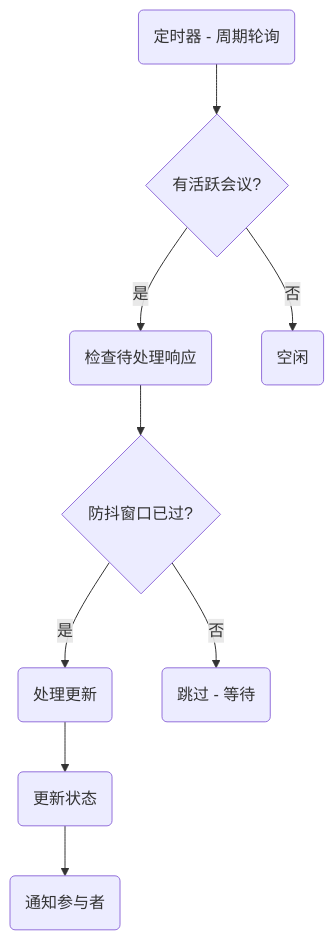
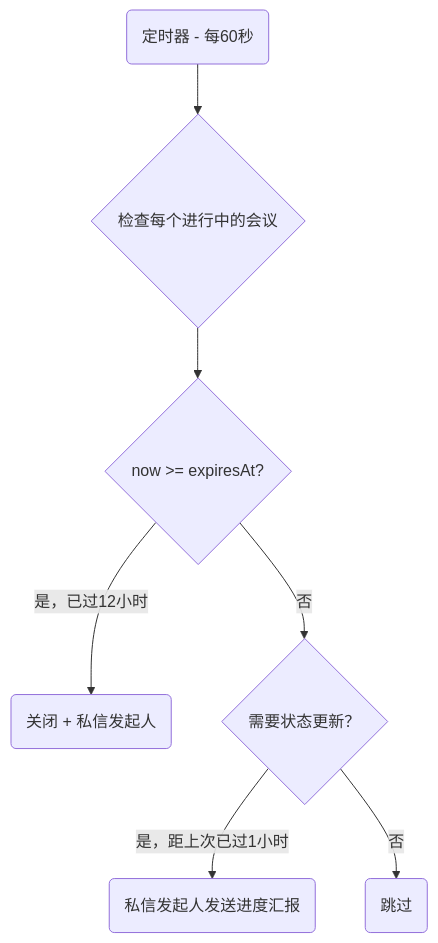
One commit to javana3/claw_meeting_all changed the sixth of 7 diagrams in README.zh-CN.md. Above: the diagram before and after it, drawn with Mermaid. The commit also changed other lines of this file and 4 other files, not shown here.

````diff
--- a/README.zh-CN.md
+++ b/README.zh-CN.md
@@ -112,11 +157,9 @@
 ```mermaid
 graph TD
-    A(定时器 - 周期轮询) --> B{有活跃会议?}
-    B -->|是| C(检查待处理响应)
-    C --> D{防抖窗口已过?}
-    D -->|是| E(处理更新)
-    D -->|否| F(跳过 - 等待)
-    B -->|否| G(空闲)
-    E --> H(更新状态)
-    H --> I(通知参与者)
+    A(定时器 - 每60秒) --> B{检查每个进行中的会议}
+    B --> C{now >= expiresAt?}
+    C -->|是，已过12小时| D(关闭 + 私信发起人)
+    C -->|否| E{需要状态更新？}
+    E -->|是，距上次已过1小时| F(私信发起人发送进度汇报)
+    E -->|否| G(跳过)
 ```
````
